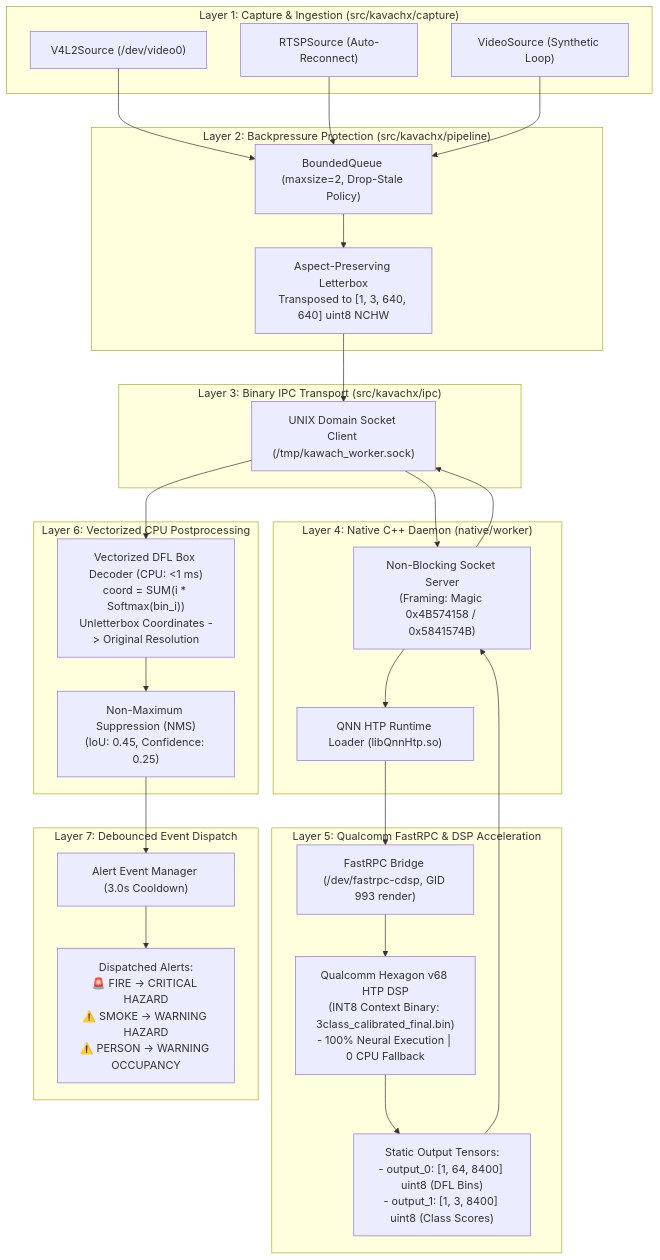
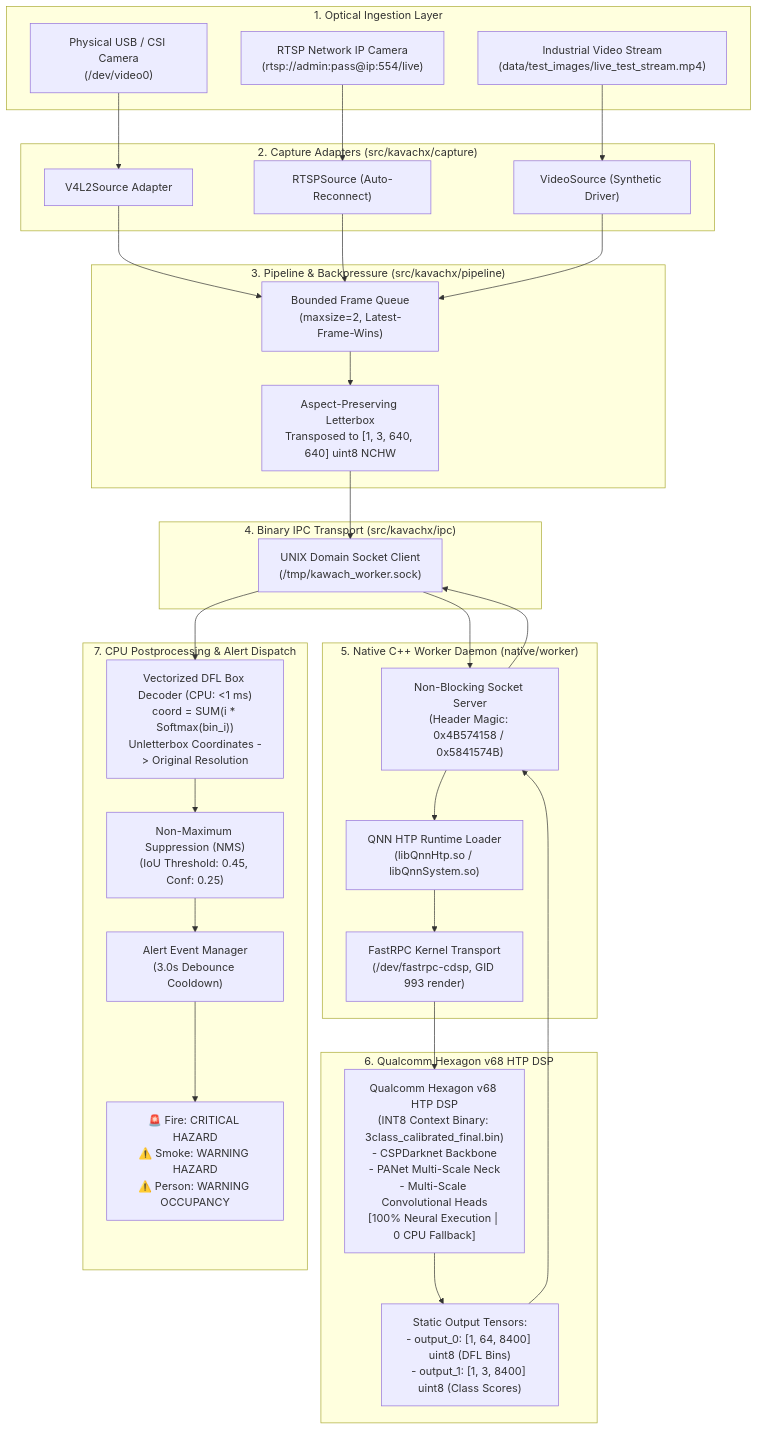
One commit to jasminbabariya22-eng/KavachX-Real-Time-Hazard-Person-Perception-System changed the first of 4 diagrams in docs/FULL_PROJECT_DOCUMENTATION.md. Above: the diagram before and after it, drawn with Mermaid. The commit also changed other lines of this file, not shown here.

Commit message:
docs: polish FULL_PROJECT_DOCUMENTATION.md into executive, client-ready engineering report

````diff
--- a/docs/FULL_PROJECT_DOCUMENTATION.md
+++ b/docs/FULL_PROJECT_DOCUMENTATION.md
@@ -104,40 +25,43 @@
 ```mermaid
 flowchart TD
-    subgraph L1["Layer 1: Capture & Ingestion (src/kavachx/capture)"]
-        A1["V4L2Source (/dev/video0)"]
-        A2["RTSPSource (Auto-Reconnect)"]
-        A3["VideoSource (Synthetic Loop)"]
+    subgraph INGESTION["1. Optical Ingestion Layer"]
+        CAM_V4L2["Physical USB / CSI Camera\n(/dev/video0)"]
+        CAM_RTSP["RTSP Network IP Camera\n(rtsp://admin:pass@ip:554/live)"]
+        CAM_FILE["Industrial Video Stream\n(data/test_images/live_test_stream.mp4)"]
     end
 
-    subgraph L2["Layer 2: Backpressure Protection (src/kavachx/pipeline)"]
-        A1 & A2 & A3 --> BQ["BoundedQueue (maxsize=2, Drop-Stale Policy)"]
+    subgraph ADAPTERS["2. Capture Adapters (src/kavachx/capture)"]
+        CAM_V4L2 --> V4L2_SRC["V4L2Source Adapter"]
+        CAM_RTSP --> RTSP_SRC["RTSPSource (Auto-Reconnect)"]
+        CAM_FILE --> VIDEO_SRC["VideoSource (Synthetic Driver)"]
+    end
+
+    subgraph PIPELINE["3. Pipeline & Backpressure (src/kavachx/pipeline)"]
+        V4L2_SRC & RTSP_SRC & VIDEO_SRC --> BQ["Bounded Frame Queue\n(maxsize=2, Latest-Frame-Wins)"]
         BQ --> PREPROC["Aspect-Preserving Letterbox\nTransposed to [1, 3, 640, 640] uint8 NCHW"]
     end
 
-    subgraph L3["Layer 3: Binary IPC Transport (src/kavachx/ipc)"]
-        PREPROC --> IPC_C["UNIX Domain Socket Client (/tmp/kawach_worker.sock)"]
+    subgraph IPC_LAYER["4. Binary IPC Transport (src/kavachx/ipc)"]
+        PREPROC --> IPC_CLI["UNIX Domain Socket Client\n(/tmp/kawach_worker.sock)"]
     end
 
-    subgraph L4["Layer 4: Native C++ Daemon (native/worker)"]
-        IPC_C --> IPC_S["Non-Blocking Socket Server\n(Framing: Magic 0x4B574158 / 0x5841574B)"]
-        IPC_S --> QNN_L["QNN HTP Runtime Loader (libQnnHtp.so)"]
+    subgraph NATIVE_WORKER["5. Native C++ Worker Daemon (native/worker)"]
+        IPC_CLI --> IPC_SRV["Non-Blocking Socket Server\n(Header Magic: 0x4B574158 / 0x5841574B)"]
+        IPC_SRV --> QNN_LOADER["QNN HTP Runtime Loader\n(libQnnHtp.so / libQnnSystem.so)"]
+        QNN_LOADER --> FASTRPC["FastRPC Kernel Transport\n(/dev/fastrpc-cdsp, GID 993 render)"]
     end
 
-    subgraph L5["Layer 5: Qualcomm FastRPC & DSP Acceleration"]
-        QNN_L --> FASTRPC_D["FastRPC Bridge (/dev/fastrpc-cdsp, GID 993 render)"]
-        FASTRPC_D --> DSP_E["Qualcomm Hexagon v68 HTP DSP\n(INT8 Context Binary: 3class_calibrated_final.bin)\n- 100% Neural Execution | 0 CPU Fallback"]
-        DSP_E --> TOUTS["Static Output Tensors:\n- output_0: [1, 64, 8400] uint8 (DFL Bins)\n- output_1: [1, 3, 8400] uint8 (Class Scores)"]
+    subgraph HARDWARE_DSP["6. Qualcomm Hexagon v68 HTP DSP"]
+        FASTRPC --> HTP_DSP["Qualcomm Hexagon v68 HTP DSP\n(INT8 Context Binary: 3class_calibrated_final.bin)\n- CSPDarknet Backbone\n- PANet Multi-Scale Neck\n- Multi-Scale Convolutional Heads\n[100% Neural Execution | 0 CPU Fallback]"]
+        HTP_DSP --> TENSOR_OUT["Static Output Tensors:\n- output_0: [1, 64, 8400] uint8 (DFL Bins)\n- output_1: [1, 3, 8400] uint8 (Class Scores)"]
     end
 
-    subgraph L6["Layer 6: Vectorized CPU Postprocessing"]
-        TOUTS --> IPC_S
-        IPC_S --> IPC_C
-        IPC_C --> DFL_D["Vectorized DFL Box Decoder (CPU: <1 ms)\ncoord = SUM(i * Softmax(bin_i))\nUnletterbox Coordinates -> Original Resolution"]
-        DFL_D --> NMS_E["Non-Maximum Suppression (NMS)\n(IoU: 0.45, Confidence: 0.25)"]
-    end
-
-    subgraph L7["Layer 7: Debounced Event Dispatch"]
-        NMS_E --> EV_MGR["Alert Event Manager (3.0s Cooldown)"]
-        EV_MGR --> EV_DISP["Dispatched Alerts:\n🚨 FIRE -> CRITICAL HAZARD\n⚠️ SMOKE -> WARNING HAZARD\n⚠️ PERSON -> WARNING OCCUPANCY"]
+    subgraph POSTPROCESSING["7. CPU Postprocessing & Alert Dispatch"]
+        TENSOR_OUT --> IPC_SRV
+        IPC_SRV --> IPC_CLI
+        IPC_CLI --> DFL_DEC["Vectorized DFL Box Decoder (CPU: <1 ms)\ncoord = SUM(i * Softmax(bin_i))\nUnletterbox Coordinates -> Original Resolution"]
+        DFL_DEC --> NMS["Non-Maximum Suppression (NMS)\n(IoU Threshold: 0.45, Conf: 0.25)"]
+        NMS --> EVENT_MGR["Alert Event Manager\n(3.0s Debounce Cooldown)"]
+        EVENT_MGR --> ALERTS["🚨 Fire: CRITICAL HAZARD\n⚠️ Smoke: WARNING HAZARD\n⚠️ Person: WARNING OCCUPANCY"]
     end
 ```
````
